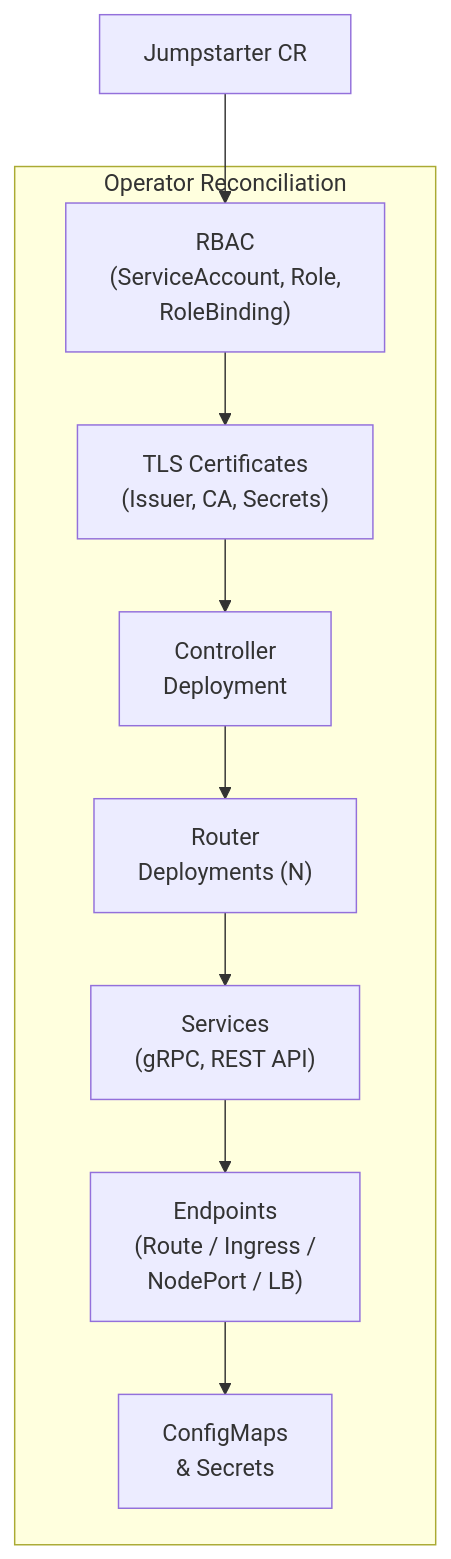
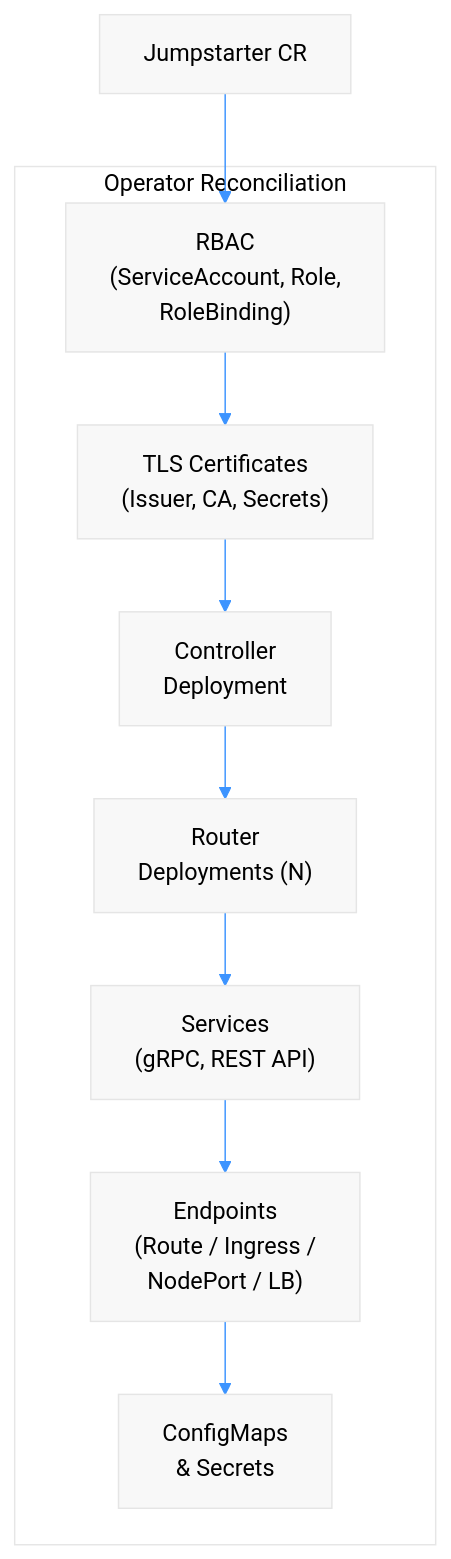
Before and after one commit to the78mole/jumpstarter-new: the diagram in controller/deploy/operator/README.md, drawn with Mermaid. The commit also changed 7 other files, not shown here.

Commit message:
Fix mermaid rendering on GitHub: convert {mermaid} directives to standard fenced blocks with %%{init:}%% config

````diff
--- a/controller/deploy/operator/README.md
+++ b/controller/deploy/operator/README.md
@@ -33,16 +33,17 @@
 ```mermaid
+%%{init: {"theme":"base","themeVariables":{"primaryColor":"#f8f8f8","primaryTextColor":"#000","primaryBorderColor":"#e5e5e5","lineColor":"#3d94ff","secondaryColor":"#f8f8f8","tertiaryColor":"#fff"}}}%%
 flowchart TB
     CR["Jumpstarter CR"]
 
     subgraph "Operator Reconciliation"
         RBAC["RBAC<br/>(ServiceAccount, Role,<br/>RoleBinding)"]
         Certs["TLS Certificates<br/>(Issuer, CA, Secrets)"]
         CtrlDeploy["Controller<br/>Deployment"]
         RouterDeploy["Router<br/>Deployments (N)"]
         Services["Services<br/>(gRPC, REST API)"]
         Endpoints["Endpoints<br/>(Route / Ingress /<br/>NodePort / LB)"]
         Config["ConfigMaps<br/>& Secrets"]
     end
 
     CR --> RBAC --> Certs --> CtrlDeploy --> RouterDeploy --> Services --> Endpoints --> Config
 ```
````
